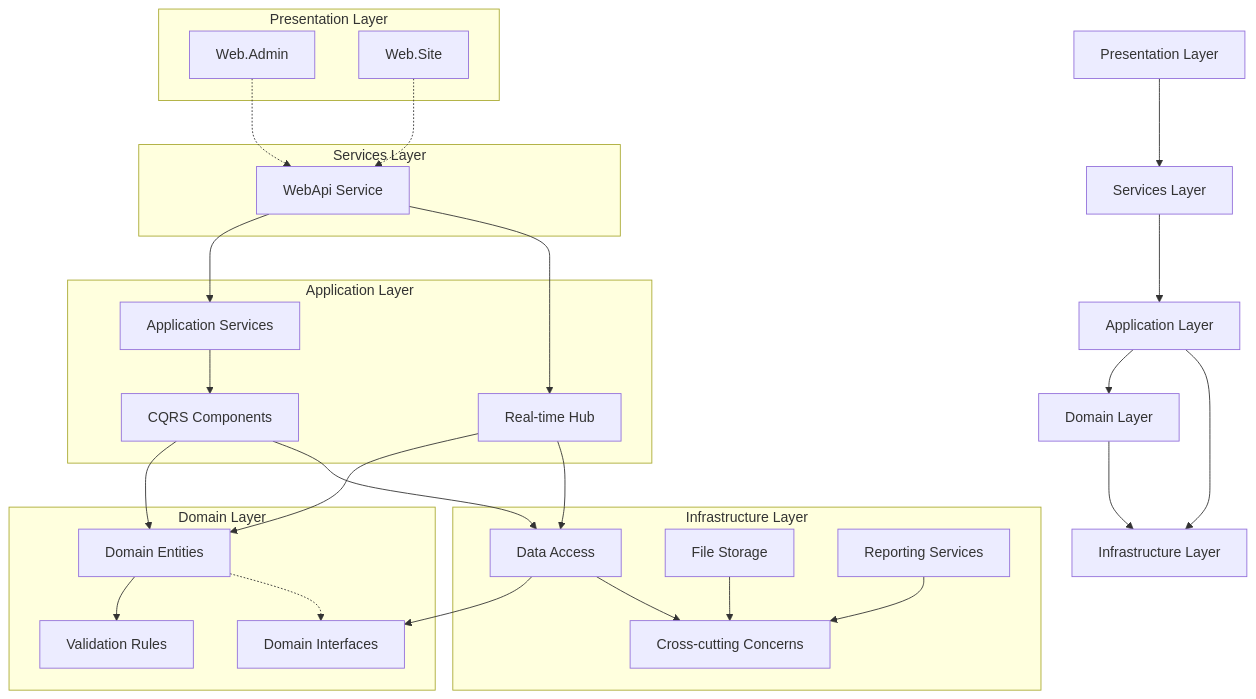
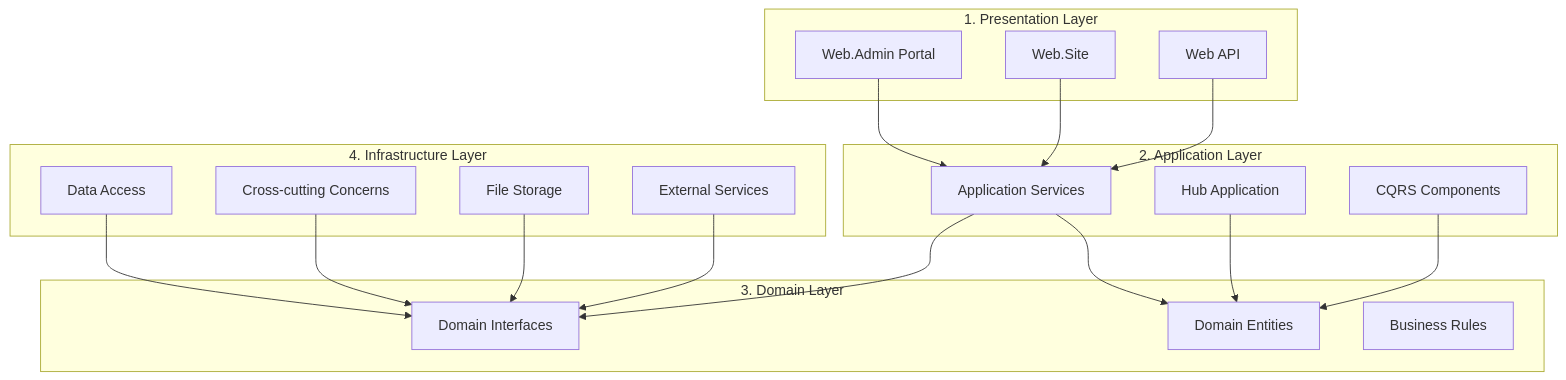
One commit to guscavalcante-dev/rio2c-private-sdlc changed the first of 8 diagrams in documentation/project-structure.md. Above: the diagram before and after it, drawn with Mermaid. The commit also changed other lines of this file and 1 other file, not shown here.

````diff
--- a/documentation/project-structure.md
+++ b/documentation/project-structure.md
@@ -9,52 +17,41 @@
 ```mermaid
 graph TD
-    PL[Presentation Layer] --> SL[Services Layer]
-    SL --> AL[Application Layer]
-    AL --> DL[Domain Layer]
-    AL --> IL[Infrastructure Layer]
-    DL --> IL
+    subgraph "1. Presentation Layer"
+        WebAdmin[Web.Admin Portal]
+        WebSite[Web.Site]
+        WebApi[Web API]
+    end
     
-    subgraph "Presentation Layer"
-        Web_Admin[Web.Admin]
-        Web_Site[Web.Site]
-    end
-
-    subgraph "Services Layer"
-        WebApi[WebApi Service]
-    end
-
-    subgraph "Application Layer"
-        Application[Application Services]
-        HubApplication[Real-time Hub]
+    subgraph "2. Application Layer"
+        AppServices[Application Services]
+        HubApp[Hub Application]
         CQRS[CQRS Components]
     end
-
-    subgraph "Domain Layer"
+    
+    subgraph "3. Domain Layer"
         Entities[Domain Entities]
-        Validation[Validation Rules]
         Interfaces[Domain Interfaces]
+        BusinessRules[Business Rules]
     end
-
-    subgraph "Infrastructure Layer"
-        Data[Data Access]
+    
+    subgraph "4. Infrastructure Layer"
+        DataAccess[Data Access]
         CrossCutting[Cross-cutting Concerns]
-        FileStorage[File Storage]
-        Report[Reporting Services]
+        FileSystems[File Storage]
+        ExternalServices[External Services]
     end
-
-    Web_Admin -.-> WebApi
-    Web_Site -.-> WebApi
-    WebApi --> Application
-    WebApi --> HubApplication
-    Application --> CQRS
+    
+    WebAdmin --> AppServices
+    WebSite --> AppServices
+    WebApi --> AppServices
+    
+    AppServices --> Entities
+    AppServices --> Interfaces
+    HubApp --> Entities
     CQRS --> Entities
-    CQRS --> Data
-    HubApplication --> Entities
-    HubApplication --> Data
-    Entities --> Validation
-    Entities -.-> Interfaces
-    Data --> Interfaces
-    Data --> CrossCutting
-    FileStorage --> CrossCutting
-    Report --> CrossCutting
+    
+    DataAccess --> Interfaces
+    CrossCutting --> Interfaces
+    FileSystems --> Interfaces
+    ExternalServices --> Interfaces
 ```
````
